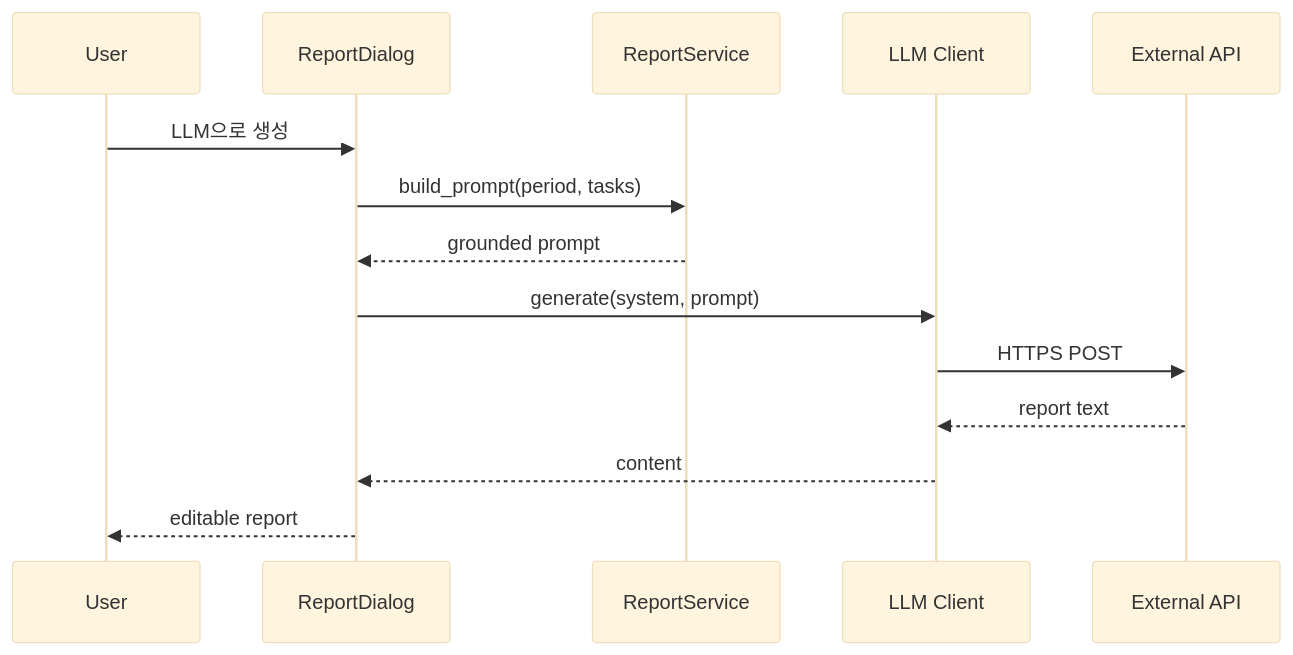
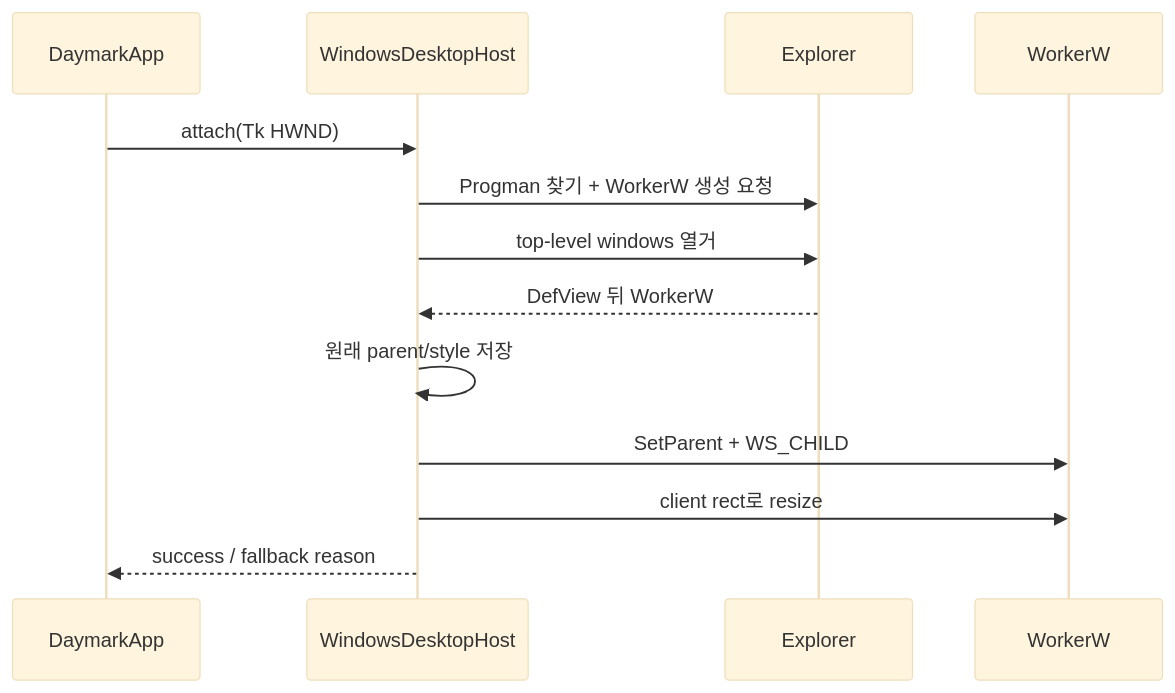
The second of 2 diagrams in docs/ARCHITECTURE.md (sngmng6506/calendar-memo), drawn with Mermaid (base theme) before and after one commit. The commit also changed other lines of this file and 22 other files, not shown here.

Commit message:
feat: add recoverable Windows desktop mode

````diff
--- a/docs/ARCHITECTURE.md
+++ b/docs/ARCHITECTURE.md
@@ -69,17 +74,16 @@
 ```mermaid
 sequenceDiagram
-    participant U as User
-    participant UI as ReportDialog
-    participant RS as ReportService
-    participant L as LLM Client
-    participant API as External API
+    participant A as DaymarkApp
+    participant H as WindowsDesktopHost
+    participant E as Explorer
+    participant W as WorkerW
 
-    U->>UI: LLM으로 생성
-    UI->>RS: build_prompt(period, tasks)
-    RS-->>UI: grounded prompt
-    UI->>L: generate(system, prompt)
-    L->>API: HTTPS POST
-    API-->>L: report text
-    L-->>UI: content
-    UI-->>U: editable report
+    A->>H: attach(Tk HWND)
+    H->>E: Progman 찾기 + WorkerW 생성 요청
+    H->>E: top-level windows 열거
+    E-->>H: DefView 뒤 WorkerW
+    H->>H: 원래 parent/style 저장
+    H->>W: SetParent + WS_CHILD
+    H->>W: client rect로 resize
+    H-->>A: success / fallback reason
 ```
````
